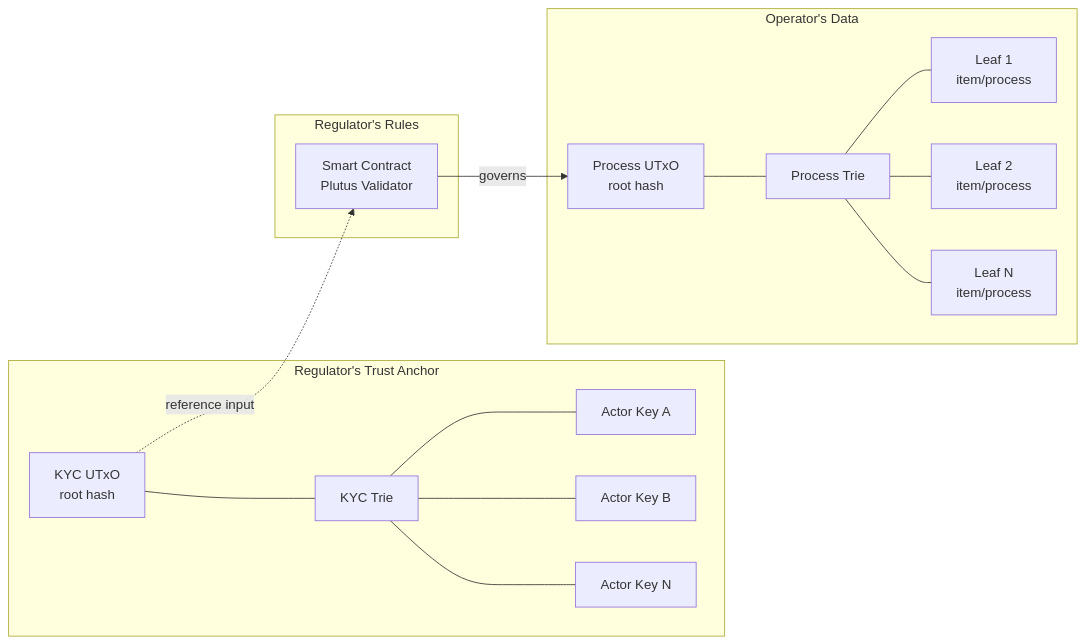
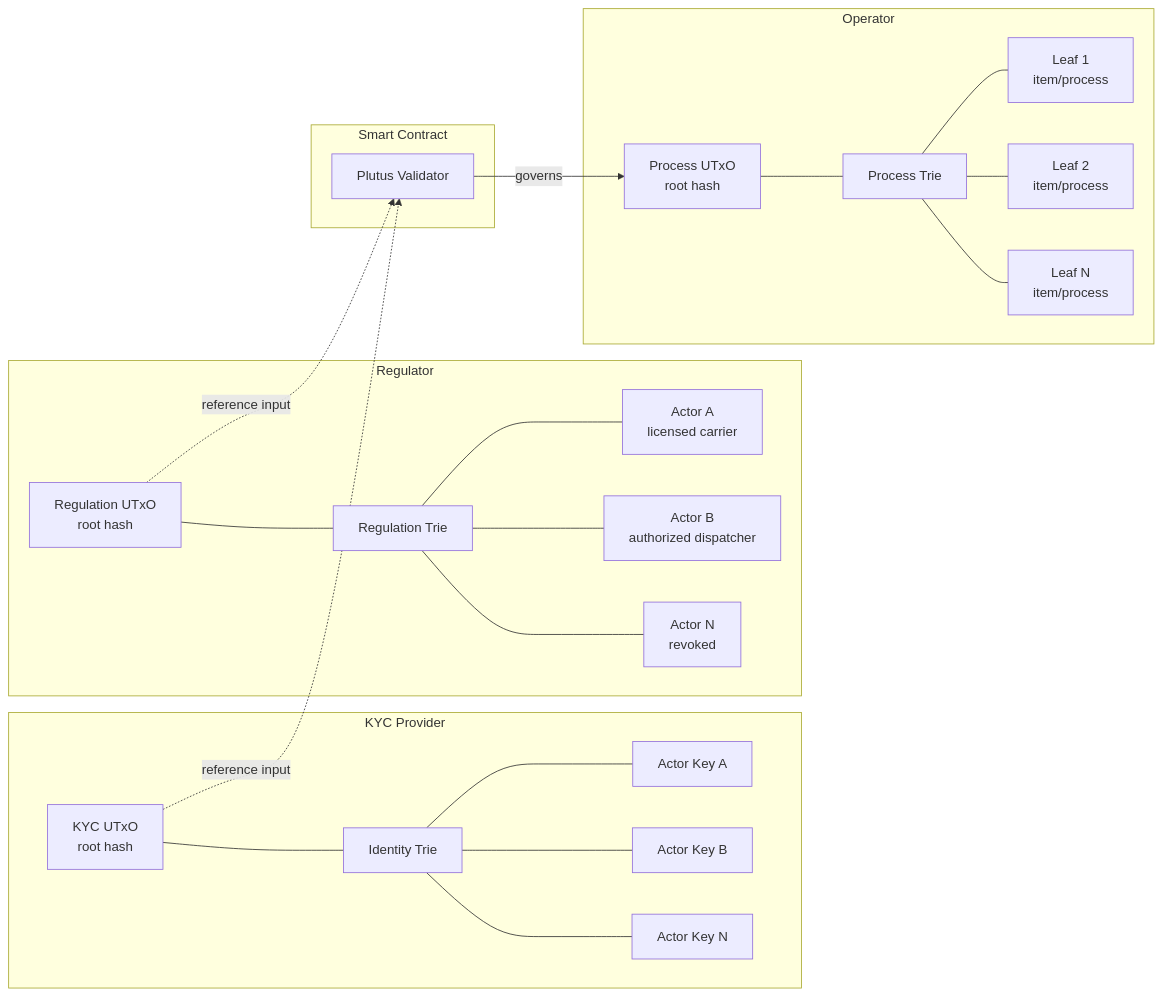
Before and after one commit to lambdasistemi/cardano-for-regulators: the second of 19 diagrams in docs/framework/schema.md, drawn with Mermaid. The commit also changed other lines of this file and 1 other file, not shown here.

Commit message:
add regulation trie, on-chain/off-chain verification split, institutional responsibility

````diff
--- a/docs/framework/schema.md
+++ b/docs/framework/schema.md
@@ -42,27 +49,37 @@
 ```mermaid
 graph LR
-    subgraph Regulator's Trust Anchor
+    subgraph KYC Provider
         KYC_UTxO[KYC UTxO<br/>root hash]
-        KYC_T[KYC Trie]
+        KYC_T[Identity Trie]
         KYC_UTxO --- KYC_T
         KYC_T --- K1[Actor Key A]
         KYC_T --- K2[Actor Key B]
         KYC_T --- K3[Actor Key N]
     end
 
-    subgraph Operator's Data
+    subgraph Regulator
+        REG_UTxO[Regulation UTxO<br/>root hash]
+        REG_T[Regulation Trie]
+        REG_UTxO --- REG_T
+        REG_T --- R1[Actor A<br/>licensed carrier]
+        REG_T --- R2[Actor B<br/>authorized dispatcher]
+        REG_T --- R3[Actor N<br/>revoked]
+    end
+
+    subgraph Operator
         OP_UTxO[Process UTxO<br/>root hash]
         OP_T[Process Trie]
         OP_UTxO --- OP_T
         OP_T --- L1[Leaf 1<br/>item/process]
         OP_T --- L2[Leaf 2<br/>item/process]
         OP_T --- L3[Leaf N<br/>item/process]
     end
 
-    subgraph Regulator's Rules
-        SC[Smart Contract<br/>Plutus Validator]
+    subgraph Smart Contract
+        SC[Plutus Validator]
     end
 
     SC -->|governs| OP_UTxO
     KYC_UTxO -.->|reference input| SC
+    REG_UTxO -.->|reference input| SC
 ```
````
